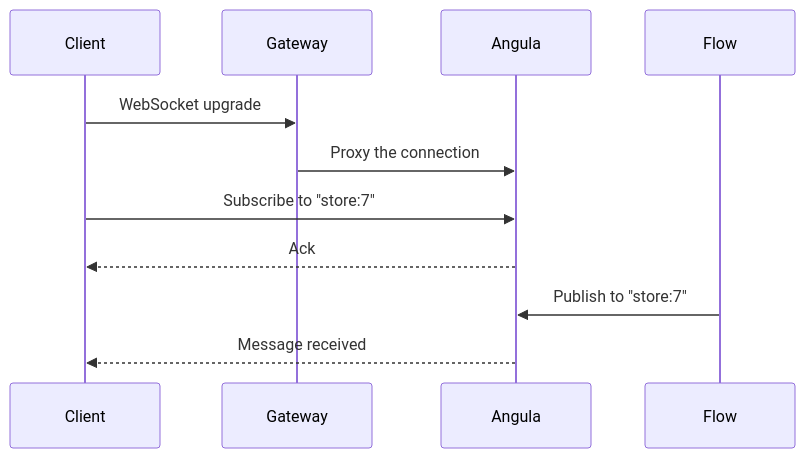
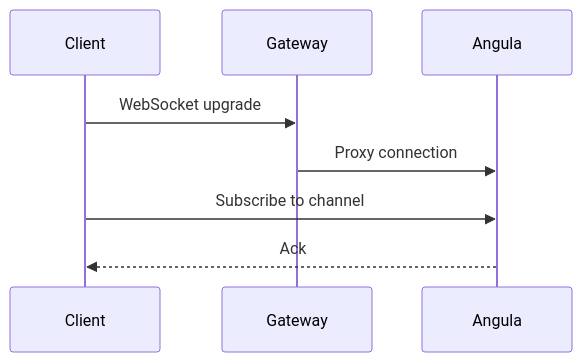
One commit to sillohq/pawabase changed the first of 2 diagrams in apps/docs/realtime/overview.mdx. Above: the diagram before and after it, drawn with Mermaid. The commit also changed other lines of this file and 90 other files, not shown here.

````diff
--- a/apps/docs/realtime/overview.mdx
+++ b/apps/docs/realtime/overview.mdx
@@ -25,13 +35,10 @@
 ```mermaid
 sequenceDiagram
     participant Client
     participant Gateway
     participant Angula
-    participant Flow
     Client->>Gateway: WebSocket upgrade
-    Gateway->>Angula: Proxy the connection
-    Client->>Angula: Subscribe to "store:7"
+    Gateway->>Angula: Proxy connection
+    Client->>Angula: Subscribe to channel
     Angula-->>Client: Ack
-    Flow->>Angula: Publish to "store:7"
-    Angula-->>Client: Message received
 ```
````
